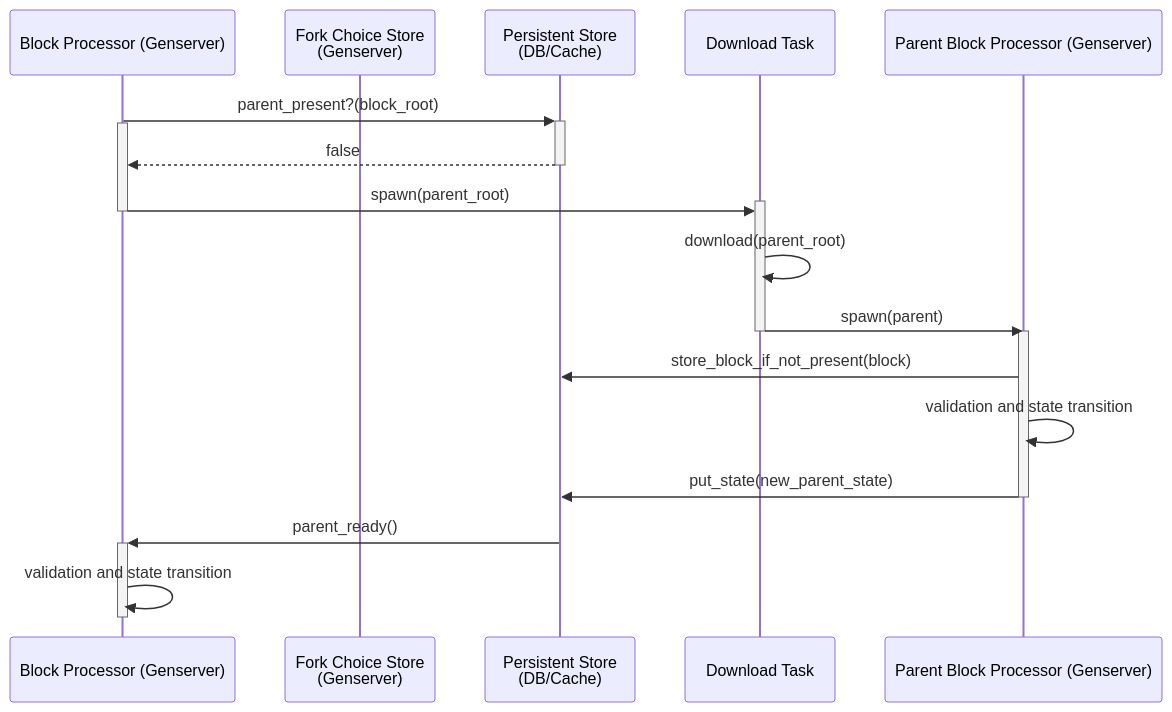
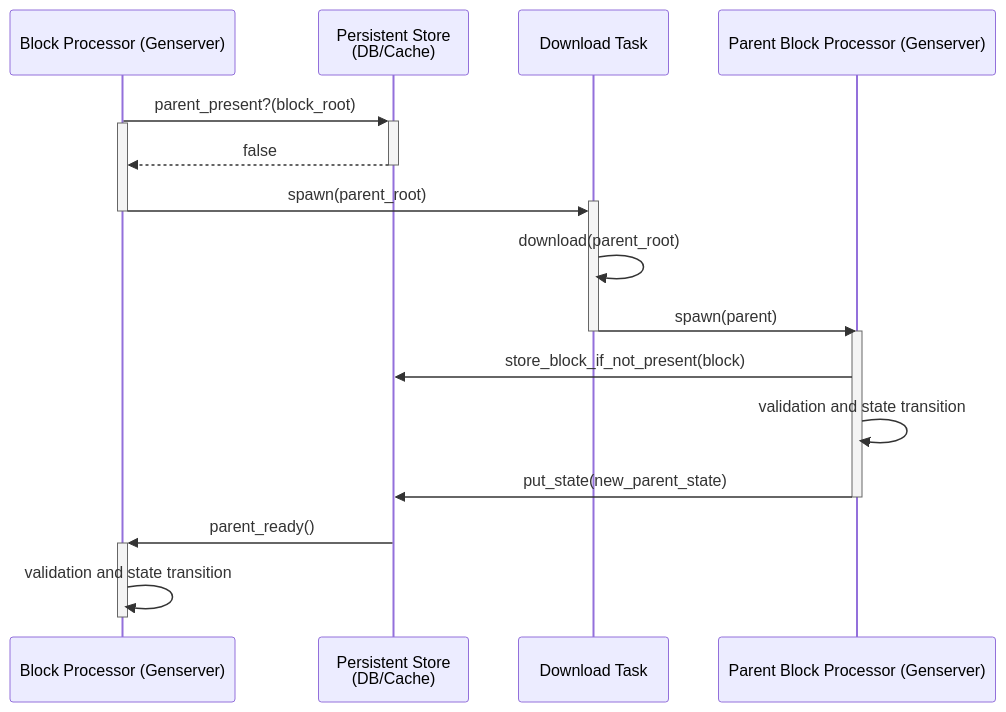
One commit to lambdaclass/lambda_ethereum_consensus changed the fifth of 5 diagrams in docs/concurrency_design.md. Above: the diagram before and after it, drawn with Mermaid.

Commit message:
remove store from the unhappy path

````diff
--- a/docs/concurrency_design.md
+++ b/docs/concurrency_design.md
@@ -187,24 +187,23 @@
 ```mermaid
 sequenceDiagram
 
 participant bp as Block Processor (Genserver)
-participant store as Fork Choice Store <br> (Genserver)
 participant db as Persistent Store <br> (DB/Cache)
 participant dt as Download Task
 participant bpp as Parent Block Processor (Genserver)
 
 bp ->>+ db: parent_present?(block_root)
 activate bp
 db -->>- bp: false
 bp ->>+ dt: spawn(parent_root)
 deactivate bp
 dt ->> dt: download(parent_root)
 dt ->>- bpp: spawn(parent)
 activate bpp
 bpp ->> db: store_block_if_not_present(block)
 bpp ->> bpp: validation and state transition
 bpp ->> db: put_state(new_parent_state)
 deactivate bpp
 db ->>+ bp: parent_ready()
 bp ->>- bp: validation and state transition
 ```
````
